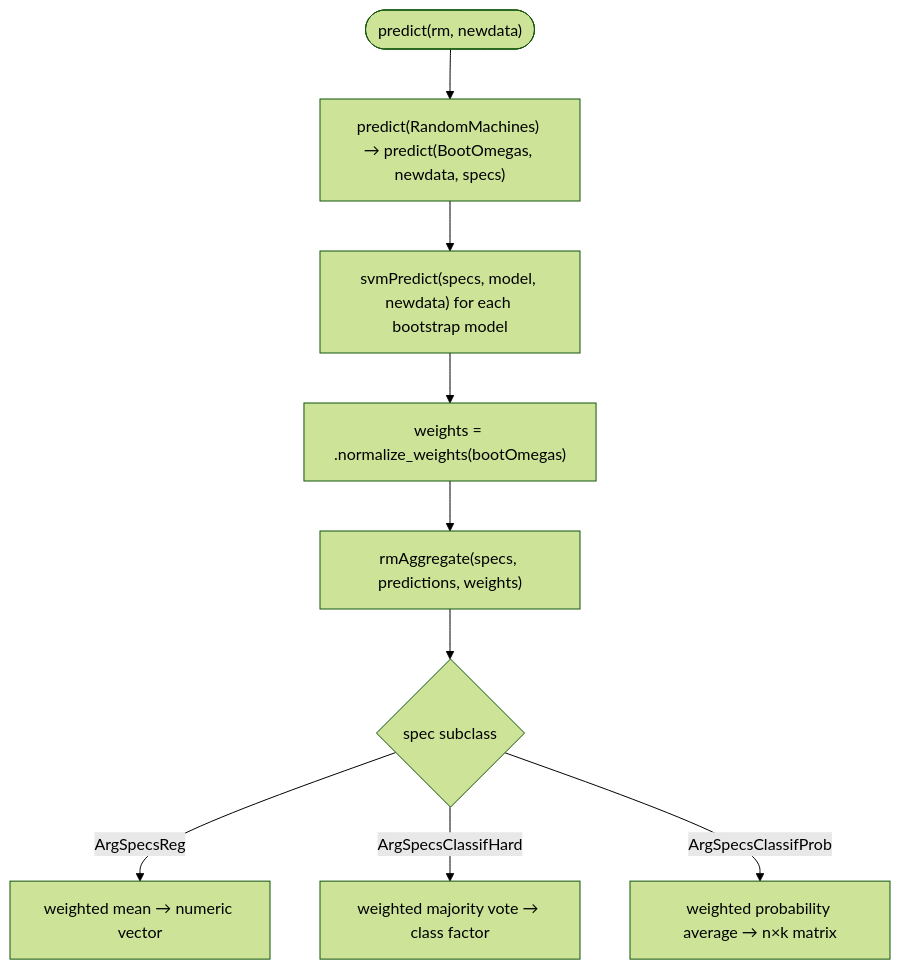
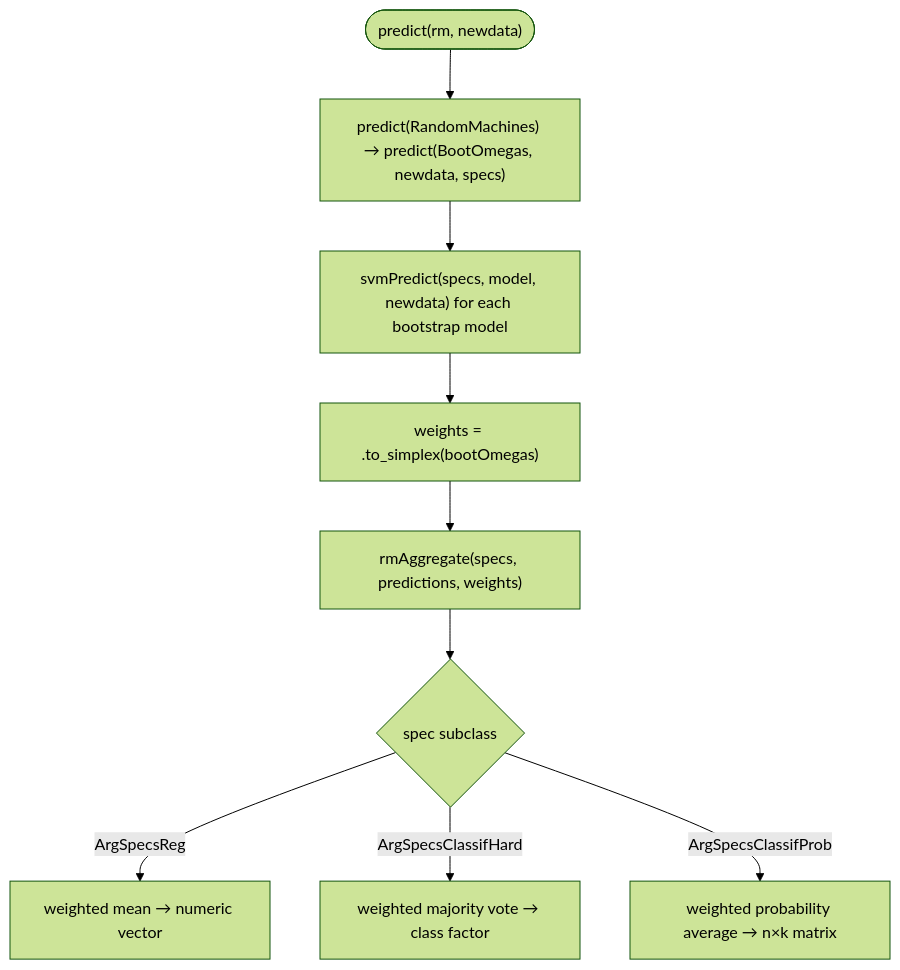
One commit to Vitor-Pignatari/Random-Machines changed the third of 3 diagrams in ARCHITECTURE.md. Above: the diagram before and after it, drawn with Mermaid (forest theme). The commit also changed other lines of this file and 33 other files, not shown here.

````diff
--- a/ARCHITECTURE.md
+++ b/ARCHITECTURE.md
@@ -216,12 +223,12 @@
 ```mermaid
 flowchart TD
   ND(["predict(rm, newdata)"])
   ND --> PR["predict(RandomMachines) → predict(BootOmegas, newdata, specs)"]
   PR --> SP["svmPredict(specs, model, newdata) for each bootstrap model"]
-  SP --> W["weights = .normalize_weights(bootOmegas)"]
+  SP --> W["weights = .to_simplex(bootOmegas)"]
   W --> AGG["rmAggregate(specs, predictions, weights)"]
   AGG --> Q{"spec subclass"}
   Q -->|"ArgSpecsReg"| RN["weighted mean → numeric vector"]
   Q -->|"ArgSpecsClassifHard"| RV["weighted majority vote → class factor"]
   Q -->|"ArgSpecsClassifProb"| RP["weighted probability average → n×k matrix"]
 ```
````
